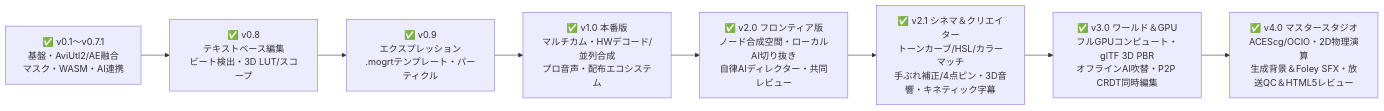
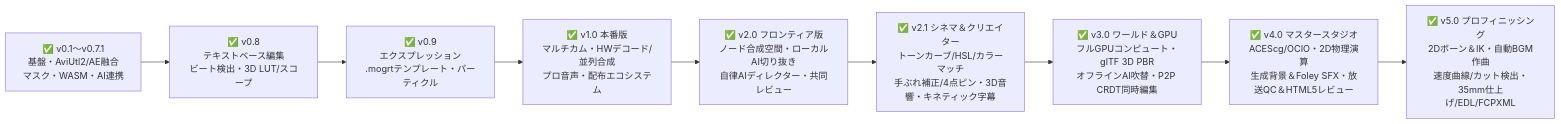
One commit to 0tsu-0w0/video-editing-app_AG changed the diagram in docs/future_features.md. Above: the diagram before and after it, drawn with Mermaid. The commit also changed other lines of this file and 22 other files, not shown here.

Commit message:
feat(v5.0): implement 2D IK rigging, offline BGM composer, speed ramp/scene cut detection & 35mm cinema finishing/EDL/FCPXML (#37-#40, 74 MCP tools) (#21)

````diff
--- a/docs/future_features.md
+++ b/docs/future_features.md
@@ -9,13 +9,14 @@
 ```mermaid
 flowchart LR
   V07["✅ v0.1〜v0.7.1\n基盤・AviUtl2/AE融合\nマスク・WASM・AI連携"]
   V08["✅ v0.8\nテキストベース編集\nビート検出・3D LUT/スコープ"]
   V09["✅ v0.9\nエクスプレッション\n.mogrtテンプレート・パーティクル"]
   V10["✅ v1.0 本番版\nマルチカム・HWデコード/並列合成\nプロ音声・配布エコシステム"]
   V20["✅ v2.0 フロンティア版\nノード合成空間・ローカルAI切り抜き\n自律AIディレクター・共同レビュー"]
   V21["✅ v2.1 シネマ＆クリエイター\nトーンカーブ/HSL/カラーマッチ\n手ぶれ補正/4点ピン・3D音響・キネティック字幕"]
   V30["✅ v3.0 ワールド＆GPU\nフルGPUコンピュート・glTF 3D PBR\nオフラインAI吹替・P2P CRDT同時編集"]
   V40["✅ v4.0 マスタースタジオ\nACEScg/OCIO・2D物理演算\n生成背景＆Foley SFX・放送QC＆HTML5レビュー"]
+  V50["✅ v5.0 プロフィニッシング\n2Dボーン＆IK・自動BGM作曲\n速度曲線/カット検出・35mm仕上げ/EDL/FCPXML"]
 
-  V07 --> V08 --> V09 --> V10 --> V20 --> V21 --> V30 --> V40
+  V07 --> V08 --> V09 --> V10 --> V20 --> V21 --> V30 --> V40 --> V50
 ```
````
